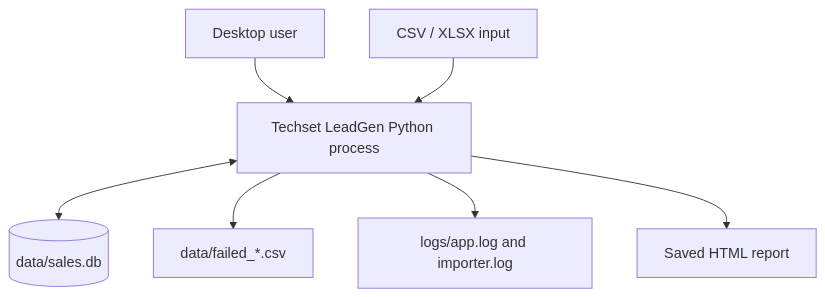
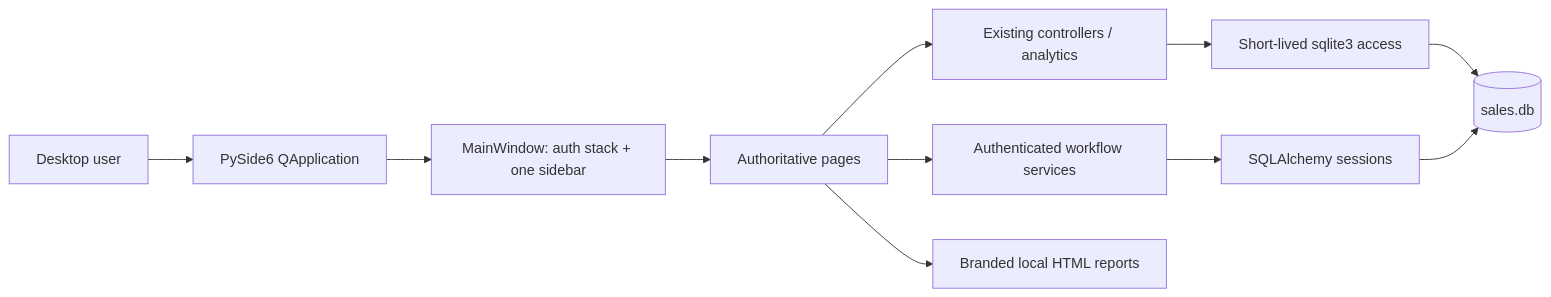
The first of 2 diagrams in docs/ARCHITECTURE.md (qasim0900/TSLG), drawn with Mermaid before and after one commit. The commit also changed other lines of this file and 96 other files, not shown here.

First line of the commit message:
Unify the desktop app: sign-in, roles, tasks, audit log, shared tables, Windows build

````diff
--- a/docs/ARCHITECTURE.md
+++ b/docs/ARCHITECTURE.md
@@ -11,17 +15,13 @@
 ```mermaid
-flowchart TB
-    User[Desktop user]
-    App[Techset LeadGen Python process]
-    DB[(data/sales.db)]
-    Input[CSV / XLSX input]
-    Rejected[data/failed_*.csv]
-    Logs[logs/app.log and importer.log]
-    Export[Saved HTML report]
-
-    User --> App
-    Input --> App
-    App <--> DB
-    App --> Rejected
-    App --> Logs
-    App --> Export
+flowchart LR
+    User[Desktop user] --> Qt[PySide6 QApplication]
+    Qt --> Shell[MainWindow: auth stack + one sidebar]
+    Shell --> Pages[Authoritative pages]
+    Pages --> Legacy[Existing controllers / analytics]
+    Pages --> Services[Authenticated workflow services]
+    Legacy --> Raw[Short-lived sqlite3 access]
+    Services --> ORM[SQLAlchemy sessions]
+    Raw --> DB[(sales.db)]
+    ORM --> DB
+    Pages --> Reports[Branded local HTML reports]
 ```
````
